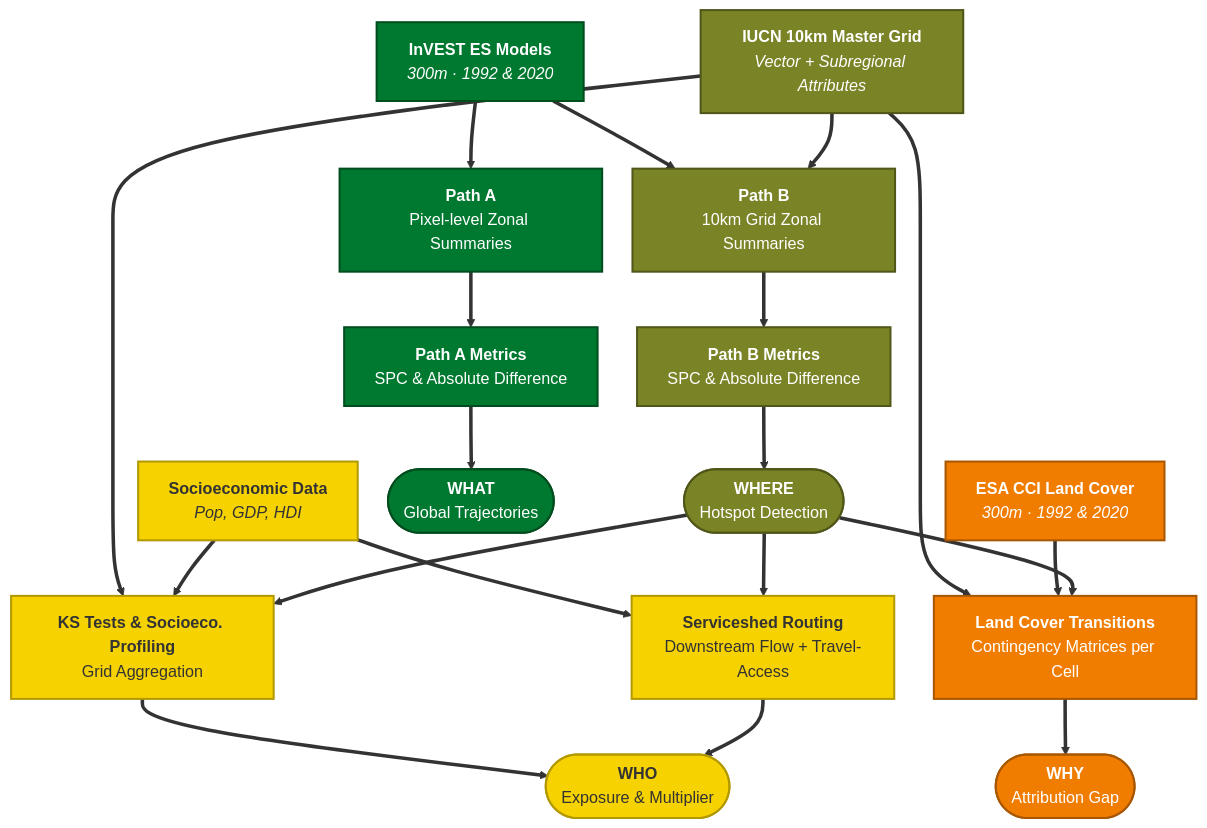
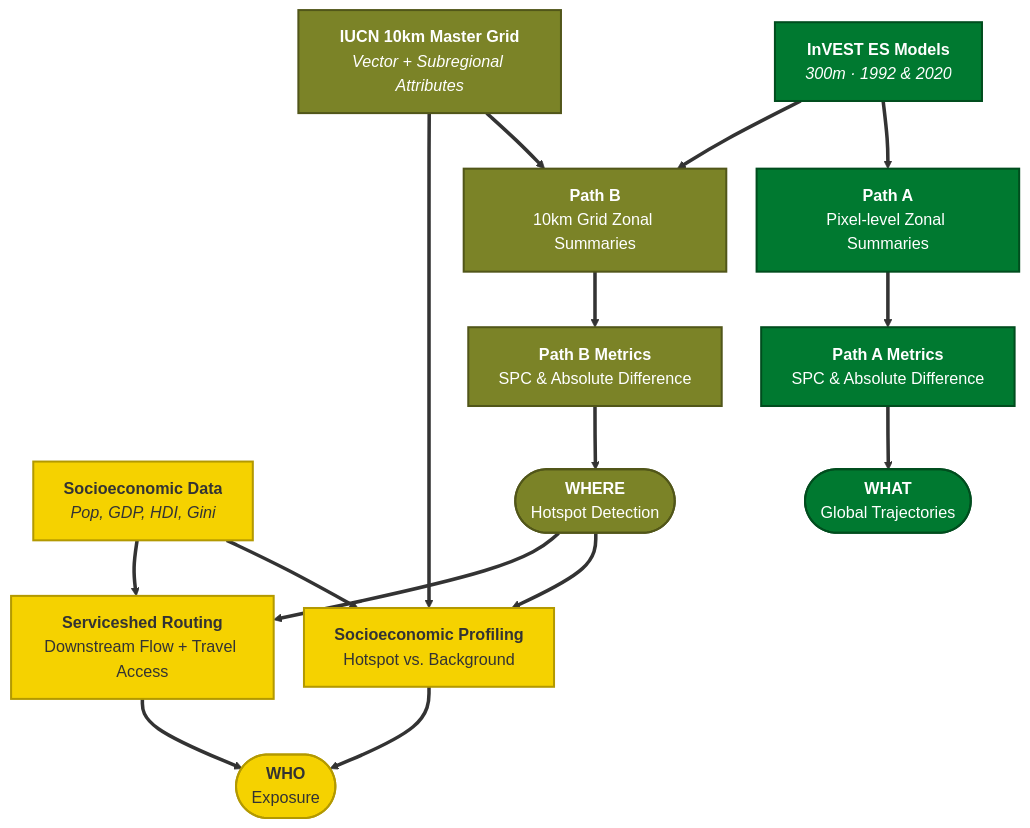
Before and after one commit to springinnovate/global_NCP: the diagram in docs/manuscript/paper_draft_5service.qmd, drawn with Mermaid. The commit also changed other lines of this file and 51 other files, not shown here.

````diff
--- a/docs/manuscript/paper_draft_5service.qmd
+++ b/docs/manuscript/paper_draft_5service.qmd
@@ -396,48 +310,41 @@
 ```{mermaid}
 %%| label: fig-workflow
-%%| fig-cap: "Analytical workflow. Node color denotes research pillar: green (WHAT), olive (WHERE), orange (WHY), yellow (WHO). Path A produces global trajectories; Path B hotspots feed attribution analysis and two parallel WHO branches — socioeconomic profiling and off-site serviceshed routing."
+%%| fig-cap: "Analytical workflow. Path A measures change at 300 m and sums it to regions, biomes and income groups (WHAT). Path B measures change on the 10 km grid and identifies hotspots (WHERE), which feed socioeconomic profiling and the population exposure analysis (WHO)."
 %%{init: {'flowchart': {'rankSpacing': 55, 'nodeSpacing': 30}}}%%
 flowchart TB
     RawES["<b>InVEST ES Models</b><br/><i>300m · 1992 & 2020</i>"]
     RawGrid["<b>IUCN 10km Master Grid</b><br/><i>Vector + Subregional Attributes</i>"]
-    RawLC["<b>ESA CCI Land Cover</b><br/><i>300m · 1992 & 2020</i>"]
-    RawSoc["<b>Socioeconomic Data</b><br/><i>Pop, GDP, HDI</i>"]
+    RawSoc["<b>Socioeconomic Data</b><br/><i>Pop, GDP, HDI, Gini</i>"]
 
     IntA["<b>Path A</b><br/>Pixel-level Zonal Summaries"]
     MathA["<b>Path A Metrics</b><br/>SPC & Absolute Difference"]
 
     IntB["<b>Path B</b><br/>10km Grid Zonal Summaries"]
     MathB["<b>Path B Metrics</b><br/>SPC & Absolute Difference"]
 
-    MathLC["<b>Land Cover Transitions</b><br/>Contingency Matrices per Cell"]
-    MathSoc["<b>KS Tests &amp; Socioeco. Profiling</b><br/>Grid Aggregation"]
-    MathBenef["<b>Serviceshed Routing</b><br/>Downstream Flow + Travel-Access"]
+    MathSoc["<b>Socioeconomic Profiling</b><br/>Hotspot vs. Background"]
+    MathBenef["<b>Serviceshed Routing</b><br/>Downstream Flow + Travel Access"]
 
     P1(["<b>WHAT</b><br/>Global Trajectories"])
     P2(["<b>WHERE</b><br/>Hotspot Detection"])
-    P3(["<b>WHY</b><br/>Attribution Gap"])
-    P4(["<b>WHO</b><br/>Exposure &amp; Multiplier"])
+    P4(["<b>WHO</b><br/>Exposure"])
 
     RawES ==> IntA & IntB
-    RawGrid ==> IntB & MathLC & MathSoc
-    RawLC ==> MathLC
+    RawGrid ==> IntB & MathSoc
     RawSoc ==> MathSoc & MathBenef
 
     IntA ==> MathA ==> P1
     IntB ==> MathB ==> P2
 
-    P2 ==> MathLC & MathSoc & MathBenef
-    MathLC ==> P3
+    P2 ==> MathSoc & MathBenef
     MathSoc ==> P4
     MathBenef ==> P4
 
     classDef c_what fill:#007930,stroke:#004D1E,stroke-width:2px,color:#FFF;
     classDef c_where fill:#7B8327,stroke:#515619,stroke-width:2px,color:#FFF;
-    classDef c_why fill:#F07D00,stroke:#A85700,stroke-width:2px,color:#FFF;
     classDef c_who fill:#F5D200,stroke:#B39900,stroke-width:2px,color:#333;
 
     class RawES,IntA,MathA,P1 c_what;
     class RawGrid,IntB,MathB,P2 c_where;
-    class RawLC,MathLC,P3 c_why;
     class RawSoc,MathSoc,MathBenef,P4 c_who;
 ```
````
